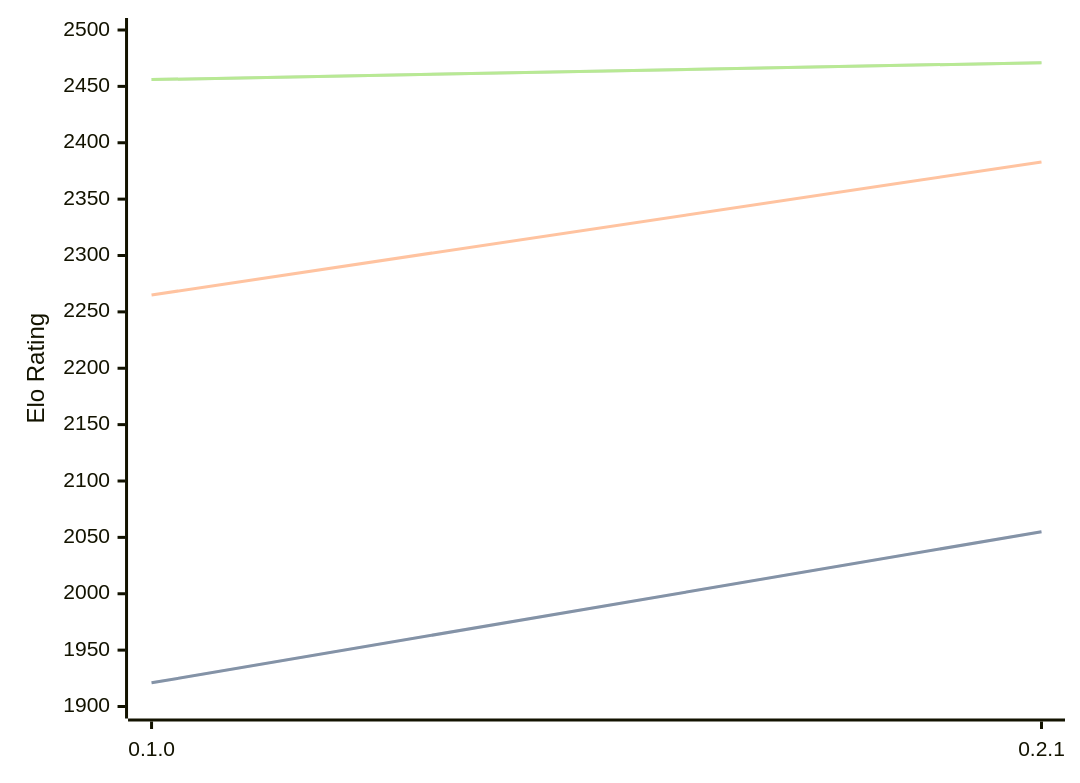
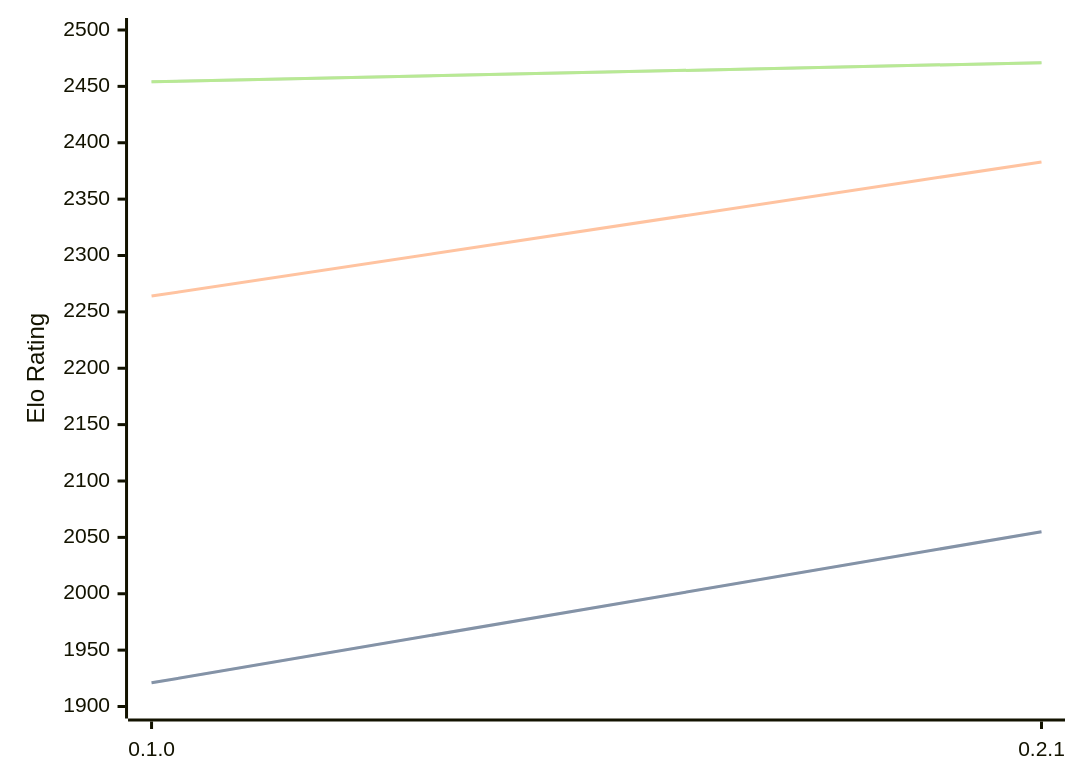
Before and after one commit to computer-chess-index/cci: the diagram in engines/Sykora.md, drawn with Mermaid. The commit also changed other lines of this file, not shown here.

Commit message:
Update CCI Ratings (ELO VLTC) - 2026-04-26

````diff
--- a/engines/Sykora.md
+++ b/engines/Sykora.md
@@ -33,11 +33,11 @@
 ```mermaid
 %%{init: {"theme":"base","themeVariables":{"seriesColors:['#a3a3a3','#222221','#faa371']}}}%%
 xychart-beta
   x-axis ["0.1.0", "0.2.1"]
   y-axis "Elo Rating" 1900 --> 2500
   line "STC (8.0+0.08s)" [1921, 2055]
   line "STC (8.0+0.08s)" [1921, 2055]
-  line "LTC (60.0+0.60s)" [2265, 2383]
-  line "VLTC (2m24s+1.12s)" [2456, 2471]
-  line "VLTC (2m24s+1.12s)" [2456, 2471]
+  line "LTC (60.0+0.60s)" [2264, 2383]
+  line "VLTC (2m24s+1.12s)" [2454, 2471]
+  line "VLTC (2m24s+1.12s)" [2454, 2471]
 ```
````
